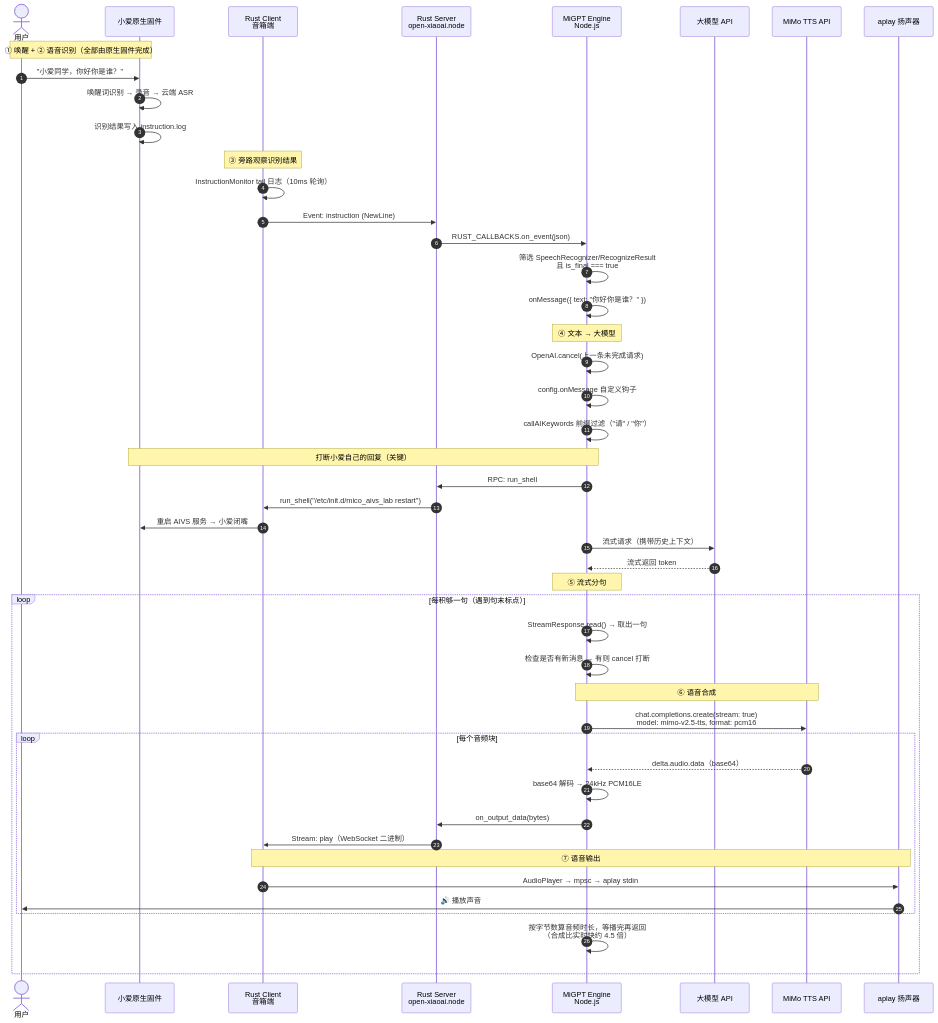
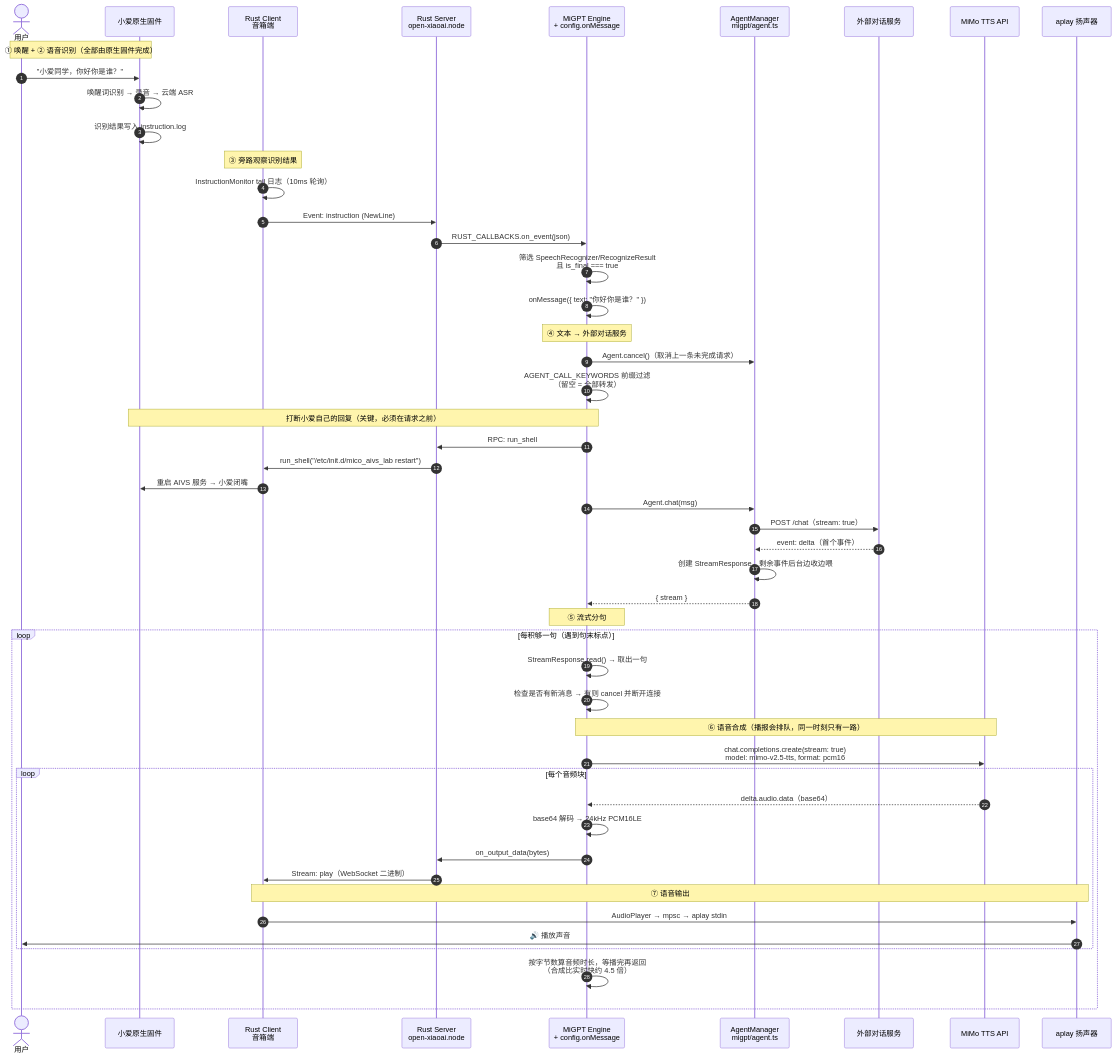
The second of 3 diagrams in examples/migpt/ARCHITECTURE.md (zhoutaoz99/open-xiaoai), drawn with Mermaid before and after one commit. The commit also changed other lines of this file and 21 other files, not shown here.

````diff
--- a/examples/migpt/ARCHITECTURE.md
+++ b/examples/migpt/ARCHITECTURE.md
@@ -91,57 +104,60 @@
 ```mermaid
 sequenceDiagram
     autonumber
     actor U as 用户
     participant FW as 小爱原生固件
     participant C as Rust Client<br/>音箱端
     participant S as Rust Server<br/>open-xiaoai.node
-    participant E as MiGPT Engine<br/>Node.js
-    participant L as 大模型 API
+    participant E as MiGPT Engine<br/>+ config.onMessage
+    participant A as AgentManager<br/>migpt/agent.ts
+    participant X as 外部对话服务
     participant T as MiMo TTS API
-    participant A as aplay 扬声器
+    participant P as aplay 扬声器
 
     Note over U,FW: ① 唤醒 + ② 语音识别（全部由原生固件完成）
     U->>FW: "小爱同学，你好你是谁？"
     FW->>FW: 唤醒词识别 → 录音 → 云端 ASR
     FW->>FW: 识别结果写入 instruction.log
 
     Note over C: ③ 旁路观察识别结果
     C->>C: InstructionMonitor tail 日志（10ms 轮询）
     C->>S: Event: instruction (NewLine)
     S->>E: RUST_CALLBACKS.on_event(json)
     E->>E: 筛选 SpeechRecognizer/RecognizeResult<br/>且 is_final === true
     E->>E: onMessage({ text: "你好你是谁？" })
 
-    Note over E: ④ 文本 → 大模型
-    E->>E: OpenAI.cancel(上一条未完成请求)
-    E->>E: config.onMessage 自定义钩子
-    E->>E: callAIKeywords 前缀过滤（"请" / "你"）
+    Note over E: ④ 文本 → 外部对话服务
+    E->>A: Agent.cancel()（取消上一条未完成请求）
+    E->>E: AGENT_CALL_KEYWORDS 前缀过滤<br/>（留空 = 全部转发）
 
-    Note over E,FW: 打断小爱自己的回复（关键）
+    Note over E,FW: 打断小爱自己的回复（关键，必须在请求之前）
     E->>S: RPC: run_shell
     S->>C: run_shell("/etc/init.d/mico_aivs_lab restart")
     C->>FW: 重启 AIVS 服务 → 小爱闭嘴
 
-    E->>L: 流式请求（携带历史上下文）
-    L-->>E: 流式返回 token
+    E->>A: Agent.chat(msg)
+    A->>X: POST /chat（stream: true）
+    X-->>A: event: delta（首个事件）
+    A->>A: 创建 StreamResponse，剩余事件后台边收边喂
+    A-->>E: { stream }
 
     Note over E: ⑤ 流式分句
     loop 每积够一句（遇到句末标点）
         E->>E: StreamResponse.read() → 取出一句
-        E->>E: 检查是否有新消息 → 有则 cancel 打断
+        E->>E: 检查是否有新消息 → 有则 cancel 并断开连接
 
-        Note over E,T: ⑥ 语音合成
+        Note over E,T: ⑥ 语音合成（播报会排队，同一时刻只有一路）
         E->>T: chat.completions.create(stream: true)<br/>model: mimo-v2.5-tts, format: pcm16
         loop 每个音频块
             T-->>E: delta.audio.data（base64）
             E->>E: base64 解码 → 24kHz PCM16LE
             E->>S: on_output_data(bytes)
             S->>C: Stream: play（WebSocket 二进制）
 
-            Note over C,A: ⑦ 语音输出
-            C->>A: AudioPlayer → mpsc → aplay stdin
-            A->>U: 🔊 播放声音
+            Note over C,P: ⑦ 语音输出
+            C->>P: AudioPlayer → mpsc → aplay stdin
+            P->>U: 🔊 播放声音
         end
         E->>E: 按字节数算音频时长，等播完再返回<br/>（合成比实时快约 4.5 倍）
     end
 ```
````
